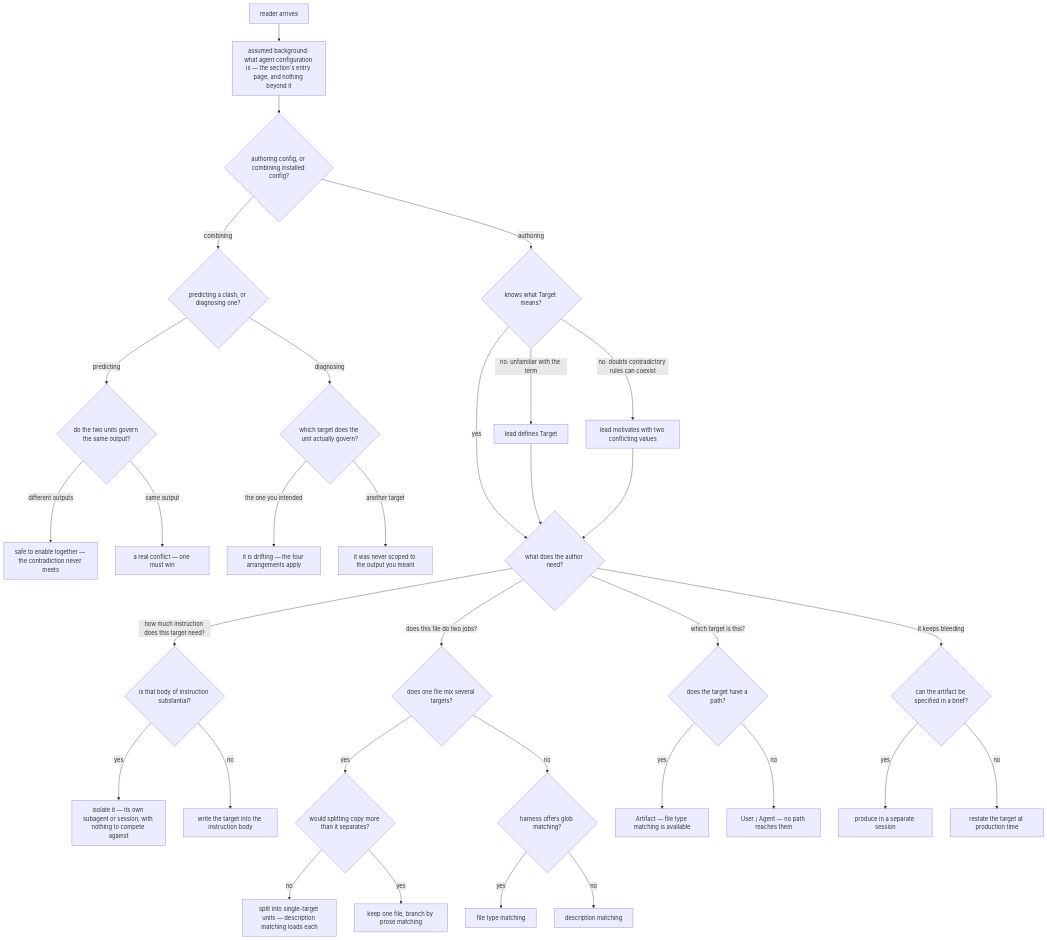
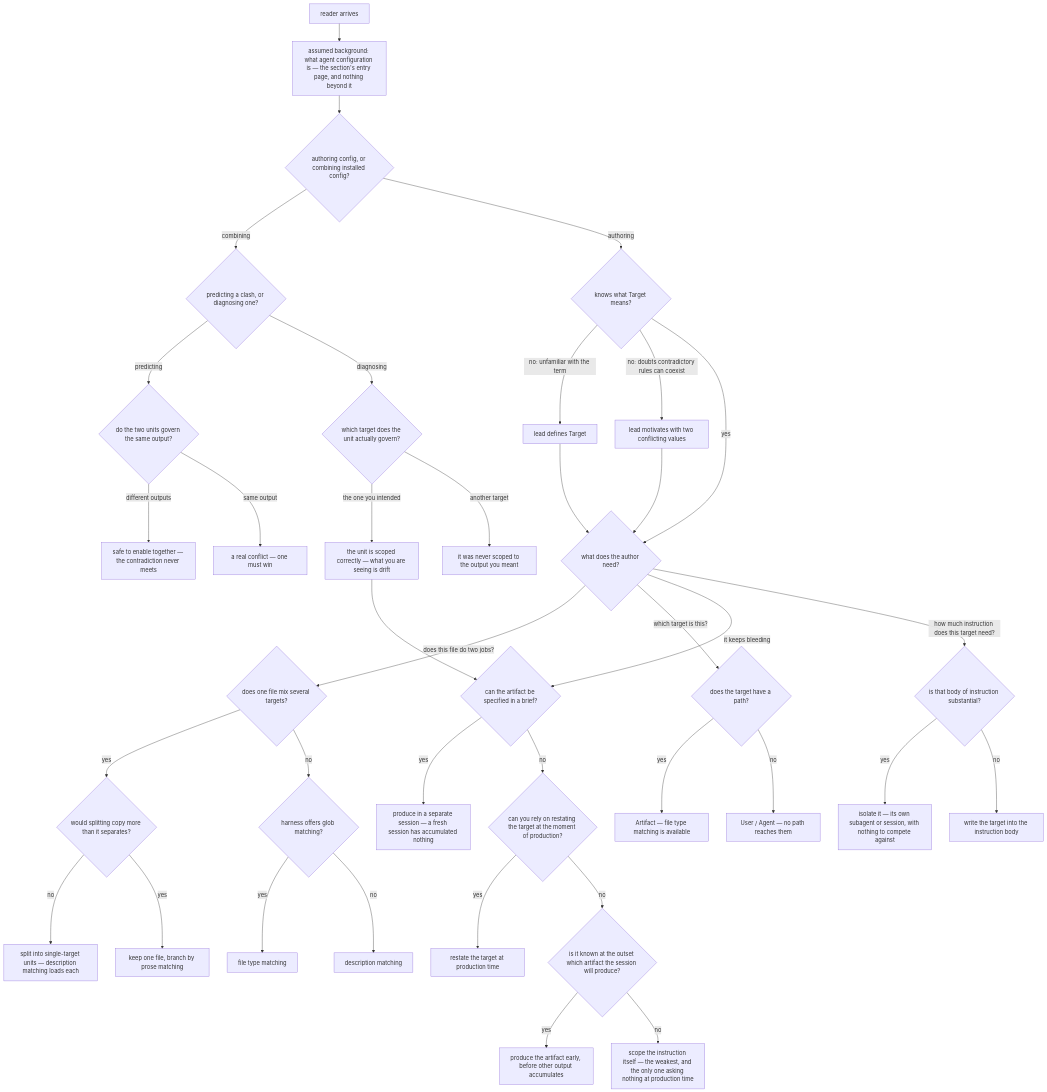
The diagram in apps/website/.agents/spec/content/docs/agent-configuration/instruction-target/README.md (cyberuni/cyber-skills), drawn with Mermaid before and after one commit. The commit also changed other lines of this file and 1 other file, not shown here.

First line of the commit message:
fix(specs): assert discriminators, not destinations, on the Target node

````diff
--- a/apps/website/.agents/spec/content/docs/agent-configuration/instruction-target/README.md
+++ b/apps/website/.agents/spec/content/docs/agent-configuration/instruction-target/README.md
@@ -150,41 +155,46 @@
 ```mermaid
 graph TD
   S["reader arrives"] --> E["assumed background: what agent configuration is — the section's entry page, and nothing beyond it"]
   E --> R{authoring config, or combining installed config?}
 
   R -- combining --> W{predicting a clash, or diagnosing one?}
   W -- predicting --> Z{do the two units govern the same output?}
   Z -- "different outputs" --> Z1["safe to enable together — the contradiction never meets"]
   Z -- "same output" --> Z2["a real conflict — one must win"]
   W -- diagnosing --> V{which target does the unit actually govern?}
-  V -- "the one you intended" --> V1["it is drifting — the four arrangements apply"]
+  V -- "the one you intended" --> V1["the unit is scoped correctly — what you are seeing is drift"]
   V -- "another target" --> V2["it was never scoped to the output you meant"]
+  V1 --> P
 
   R -- authoring --> B{knows what Target means?}
   B -- "no: unfamiliar with the term" --> L1["lead defines Target"]
   B -- "no: doubts contradictory rules can coexist" --> L2["lead motivates with two conflicting values"]
   B -- yes --> D{what does the author need?}
   L1 --> D
   L2 --> D
 
   D -- "does this file do two jobs?" --> K{does one file mix several targets?}
   D -- "which target is this?" --> H{does the target have a path?}
   D -- "it keeps bleeding" --> P{can the artifact be specified in a brief?}
   D -- "how much instruction does this target need?" --> N{is that body of instruction substantial?}
 
   N -- yes --> N1["isolate it — its own subagent or session, with nothing to compete against"]
   N -- no --> N2["write the target into the instruction body"]
 
   K -- yes --> K1{would splitting copy more than it separates?}
   K1 -- no --> K2["split into single-target units — description matching loads each"]
   K1 -- yes --> K3["keep one file, branch by prose matching"]
   K -- no --> M{harness offers glob matching?}
   M -- yes --> M1["file type matching"]
   M -- no --> M2["description matching"]
 
   H -- yes --> H1["Artifact — file type matching is available"]
   H -- no --> H2["User / Agent — no path reaches them"]
 
-  P -- yes --> P1["produce in a separate session"]
-  P -- no --> P2["restate the target at production time"]
+  P -- yes --> P1["produce in a separate session — a fresh session has accumulated nothing"]
+  P -- no --> P3{can you rely on restating the target at the moment of production?}
+  P3 -- yes --> P2["restate the target at production time"]
+  P3 -- no --> P5{is it known at the outset which artifact the session will produce?}
+  P5 -- yes --> P4["produce the artifact early, before other output accumulates"]
+  P5 -- no --> P6["scope the instruction itself — the weakest, and the only one asking nothing at production time"]
 ```
````
